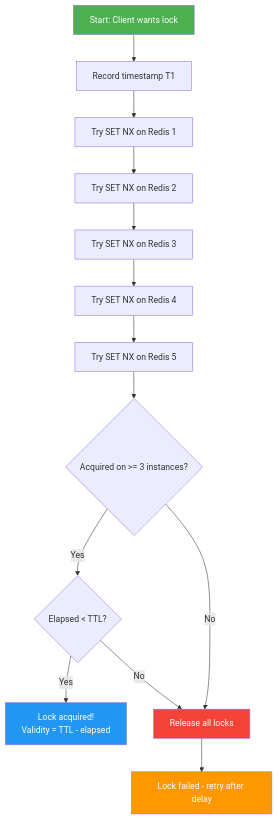
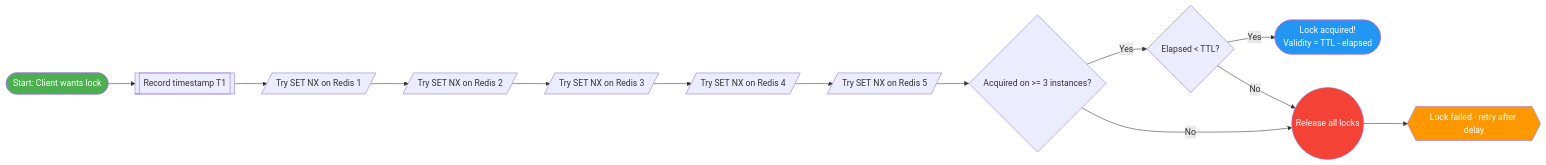
The second of 5 diagrams in docs/distributedlocks.md (saivamsikaruturi/vamsilabs-dev-notes-main), drawn with Mermaid before and after one commit. The commit also changed 146 other files, not shown here.

Commit message:
Horizontal diagrams, UML class diagrams, typography overhaul, and permalink cleanup

````diff
--- a/docs/distributedlocks.md
+++ b/docs/distributedlocks.md
@@ -154,20 +154,20 @@
 ```mermaid
-flowchart TD
-    A[Start: Client wants lock] --> B[Record timestamp T1]
-    B --> C[Try SET NX on Redis 1]
-    C --> D[Try SET NX on Redis 2]
-    D --> E[Try SET NX on Redis 3]
-    E --> F[Try SET NX on Redis 4]
-    F --> G[Try SET NX on Redis 5]
-    G --> H{Acquired on >= 3 instances?}
-    H -->|Yes| I{Elapsed < TTL?}
-    I -->|Yes| J[Lock acquired!<br>Validity = TTL - elapsed]
-    I -->|No| K[Release all locks]
+flowchart LR
+    A(["Start: Client wants lock"]) --> B[["Record timestamp T1"]]
+    B --> C[/"Try SET NX on Redis 1"/]
+    C --> D[/"Try SET NX on Redis 2"/]
+    D --> E[/"Try SET NX on Redis 3"/]
+    E --> F[/"Try SET NX on Redis 4"/]
+    F --> G[/"Try SET NX on Redis 5"/]
+    G --> H{"Acquired on >= 3 instances?"}
+    H -->|Yes| I{"Elapsed < TTL?"}
+    I -->|Yes| J(["Lock acquired!<br>Validity = TTL - elapsed"])
+    I -->|No| K(("Release all locks"))
     H -->|No| K
-    K --> L[Lock failed - retry after delay]
+    K --> L{{"Lock failed - retry after delay"}}
 
     style A fill:#4CAF50,color:#fff
     style J fill:#2196F3,color:#fff
     style K fill:#f44336,color:#fff
     style L fill:#FF9800,color:#fff
 ```
````
